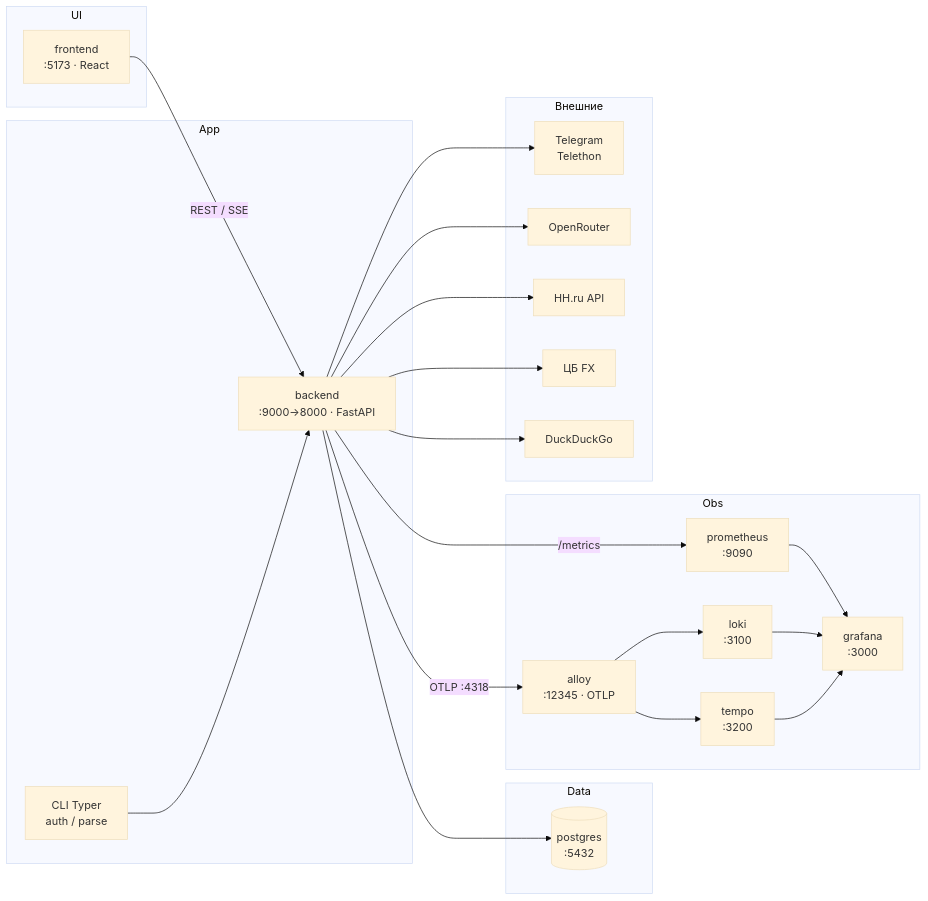
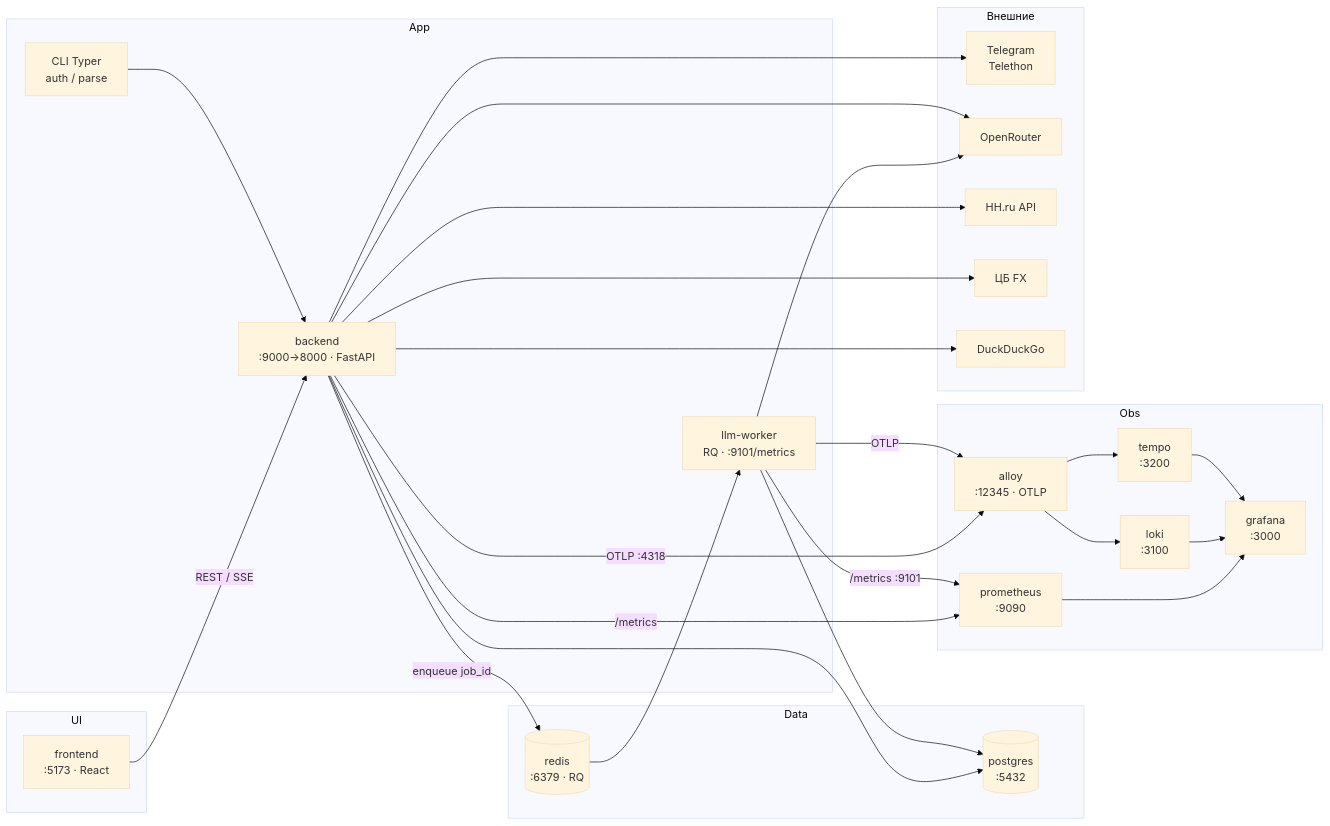
Before and after one commit to Kickgodx/tg-channels-vacancy-parser: the diagram in docs/architecture/architecture-by-services.md, drawn with Mermaid (base theme). The commit also changed other lines of this file and 27 other files, not shown here.

First line of the commit message:
feat(llm-jobs): integrate Redis Queue for background job processing

````diff
--- a/docs/architecture/architecture-by-services.md
+++ b/docs/architecture/architecture-by-services.md
@@ -5,47 +5,55 @@
 ```mermaid
 flowchart LR
   subgraph UI
     FE["frontend<br/>:5173 · React"]
   end
 
   subgraph App
     BE["backend<br/>:9000→8000 · FastAPI"]
+    W["llm-worker<br/>RQ · :9101/metrics"]
     CLI["CLI Typer<br/>auth / parse"]
   end
 
   subgraph Data
     PG[("postgres<br/>:5432")]
+    RD[("redis<br/>:6379 · RQ")]
   end
 
   subgraph Obs
     PROM["prometheus<br/>:9090"]
     ALLOY["alloy<br/>:12345 · OTLP"]
     LOKI["loki<br/>:3100"]
     TEMPO["tempo<br/>:3200"]
     GRAF["grafana<br/>:3000"]
   end
 
   subgraph Ext["Внешние"]
     TG["Telegram<br/>Telethon"]
     OR["OpenRouter"]
     HH["HH.ru API"]
     CBR["ЦБ FX"]
     DDG["DuckDuckGo"]
   end
 
   FE -->|"REST / SSE"| BE
   CLI --> BE
   BE --> PG
+  BE -->|enqueue job_id| RD
+  RD --> W
+  W --> PG
+  W --> OR
   BE --> TG
   BE --> OR
   BE --> HH
   BE --> CBR
   BE --> DDG
   BE -->|"/metrics"| PROM
+  W -->|"/metrics :9101"| PROM
   BE -->|"OTLP :4318"| ALLOY
+  W -->|"OTLP"| ALLOY
   ALLOY --> LOKI
   ALLOY --> TEMPO
   PROM --> GRAF
   LOKI --> GRAF
   TEMPO --> GRAF
 ```
````
